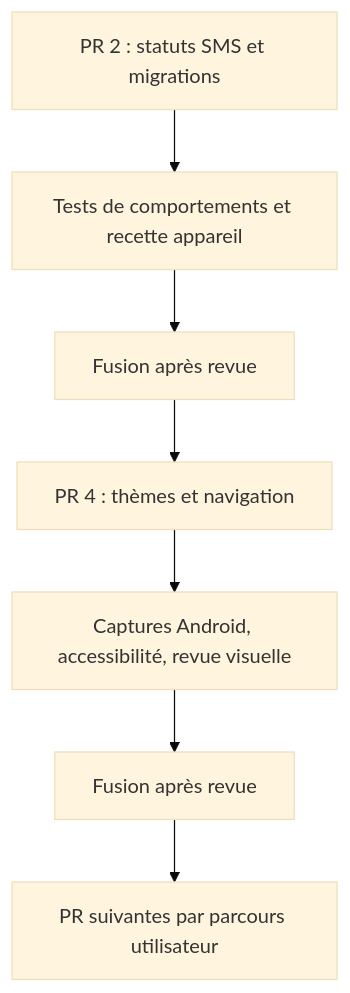
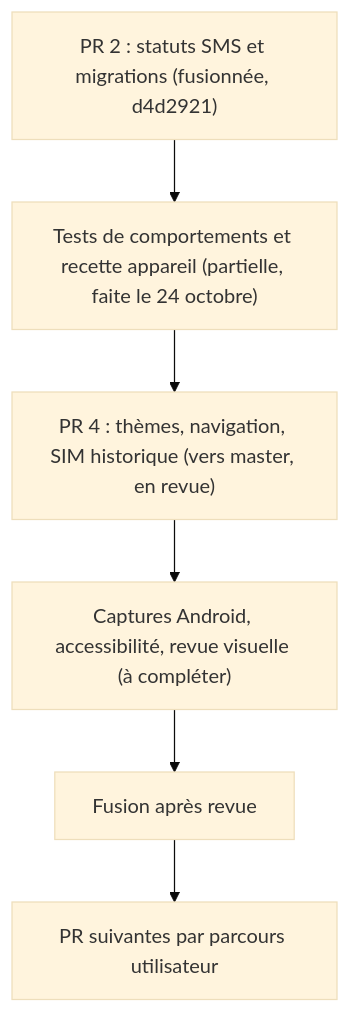
The sixth of 6 diagrams in docs/design/PARCOURS-PERSONAS-WORKFLOW.md (BlackAngel242/tinda-sms), drawn with Mermaid (base theme) before and after one commit. The commit also changed other lines of this file, not shown here.

First line of the commit message:
Parcours : PR nº 2 fusionnée, badge SIM conservé à l'envoi, recette restante écrite

````diff
--- a/docs/design/PARCOURS-PERSONAS-WORKFLOW.md
+++ b/docs/design/PARCOURS-PERSONAS-WORKFLOW.md
@@ -77,9 +79,8 @@
 ```mermaid
 flowchart TB
-    A["PR 2 : statuts SMS et migrations"] --> B["Tests de comportements et recette appareil"]
-    B --> C["Fusion après revue"]
-    C --> D["PR 4 : thèmes et navigation"]
-    D --> E["Captures Android, accessibilité, revue visuelle"]
-    E --> F["Fusion après revue"]
-    F --> G["PR suivantes par parcours utilisateur"]
+    A["PR 2 : statuts SMS et migrations (fusionnée, d4d2921)"] --> B["Tests de comportements et recette appareil (partielle, faite le 24 octobre)"]
+    B --> C["PR 4 : thèmes, navigation, SIM historique (vers master, en revue)"]
+    C --> D["Captures Android, accessibilité, revue visuelle (à compléter)"]
+    D --> E["Fusion après revue"]
+    E --> F["PR suivantes par parcours utilisateur"]
 ```
````
